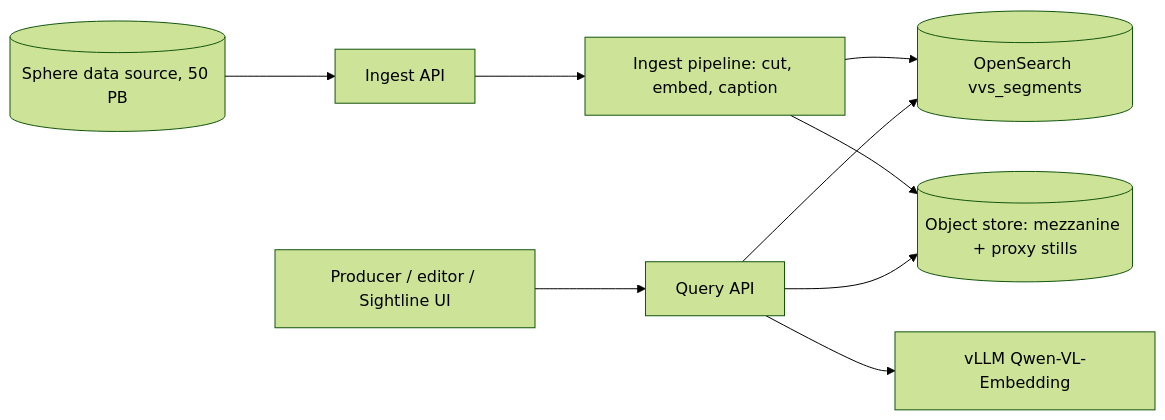
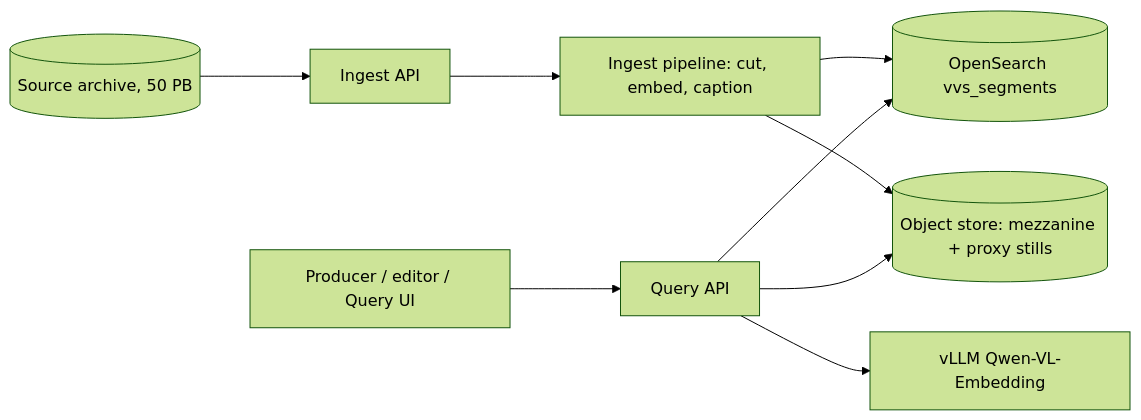
Before and after one commit to smarthi/voice-video-search: the diagram in docs/diagrams/onprem-4-1-system-context.mmd, drawn with Mermaid (forest theme). The commit also changed 33 other files, not shown here.

```diff
--- a/docs/diagrams/onprem-4-1-system-context.mmd
+++ b/docs/diagrams/onprem-4-1-system-context.mmd
@@ -1,9 +1,9 @@
 flowchart LR
-  SRC[("Sphere data source, 50 PB")] --> ING["Ingest API"]
+  SRC[("Source archive, 50 PB")] --> ING["Ingest API"]
   ING --> PIPE["Ingest pipeline: cut, embed, caption"]
   PIPE --> OS[("OpenSearch vvs_segments")]
   PIPE --> OBJ[("Object store: mezzanine + proxy stills")]
-  U["Producer / editor / Sightline UI"] --> QAPI["Query API"]
+  U["Producer / editor / Query UI"] --> QAPI["Query API"]
   QAPI --> EMB["vLLM Qwen-VL-Embedding"]
   QAPI --> OS
   QAPI --> OBJ
```
